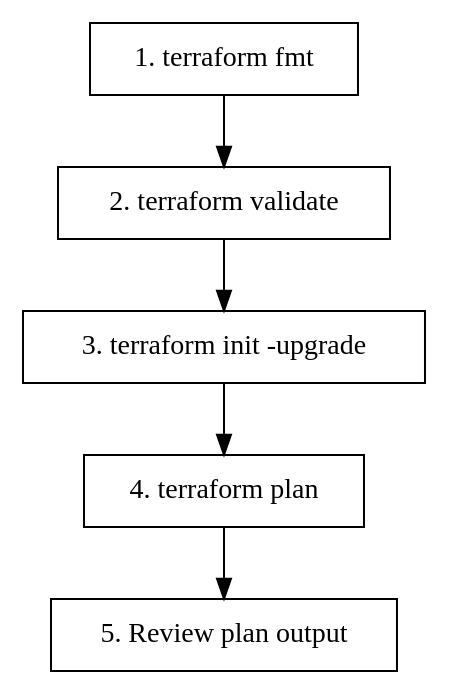
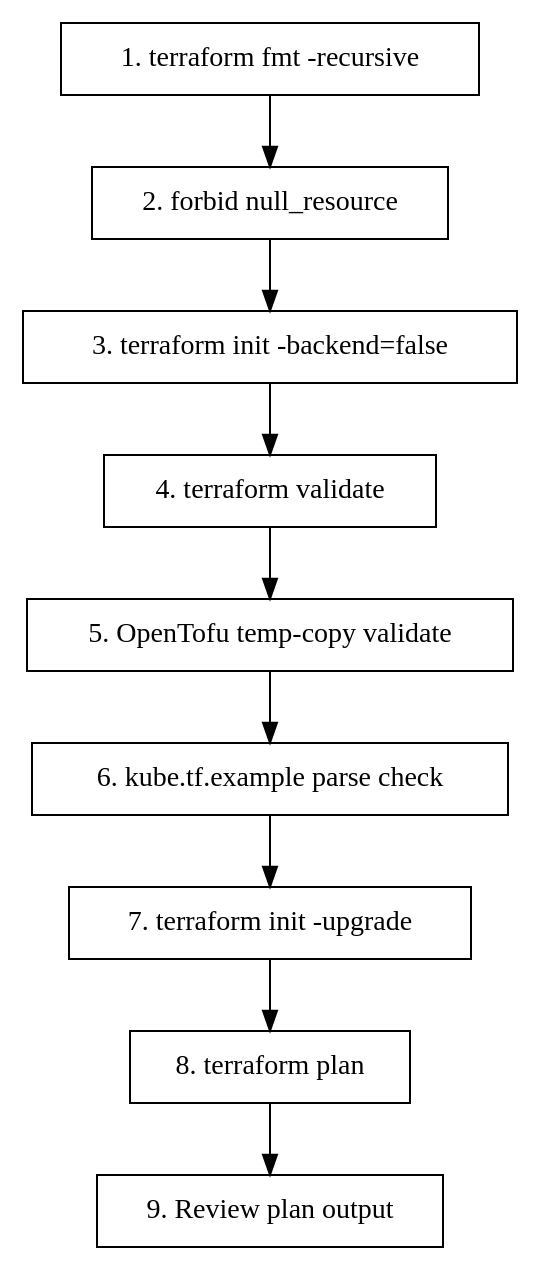
The diagram in .claude/skills/test-changes/SKILL.md (mysticaltech/terraform-hcloud-kube-hetzner), drawn with Graphviz before and after one commit. The commit also changed other lines of this file and 61 other files, not shown here.

````diff
--- a/.claude/skills/test-changes/SKILL.md
+++ b/.claude/skills/test-changes/SKILL.md
@@ -25,17 +25,25 @@
 ```dot
 digraph test_flow {
     rankdir=TB;
     node [shape=box];
 
-    fmt [label="1. terraform fmt"];
-    validate [label="2. terraform validate"];
-    init [label="3. terraform init -upgrade"];
-    plan [label="4. terraform plan"];
-    review [label="5. Review plan output"];
+    fmt [label="1. terraform fmt -recursive"];
+    no_null [label="2. forbid null_resource"];
+    init_local [label="3. terraform init -backend=false"];
+    validate [label="4. terraform validate"];
+    tofu [label="5. OpenTofu temp-copy validate"];
+    example [label="6. kube.tf.example parse check"];
+    init [label="7. terraform init -upgrade"];
+    plan [label="8. terraform plan"];
+    review [label="9. Review plan output"];
 
-    fmt -> validate;
-    validate -> init;
+    fmt -> no_null;
+    no_null -> init_local;
+    init_local -> validate;
+    validate -> tofu;
+    tofu -> example;
+    example -> init;
     init -> plan;
     plan -> review;
 }
 ```
````
